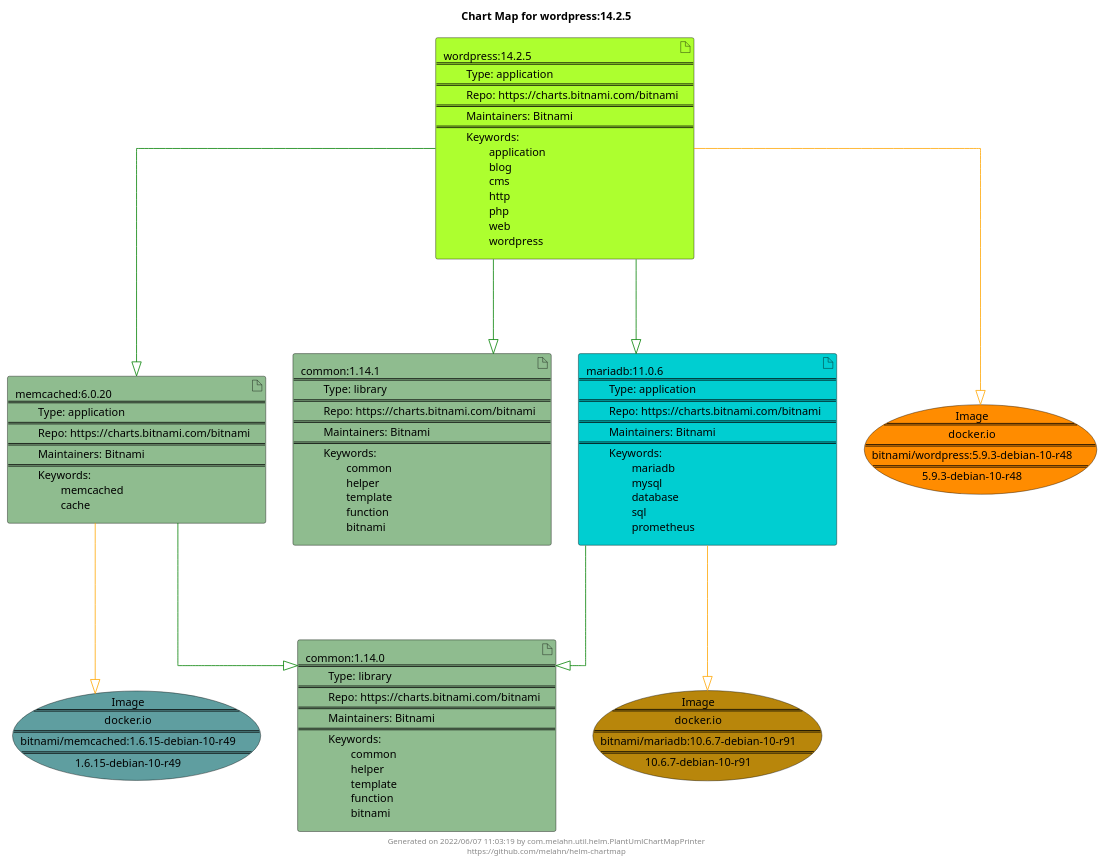
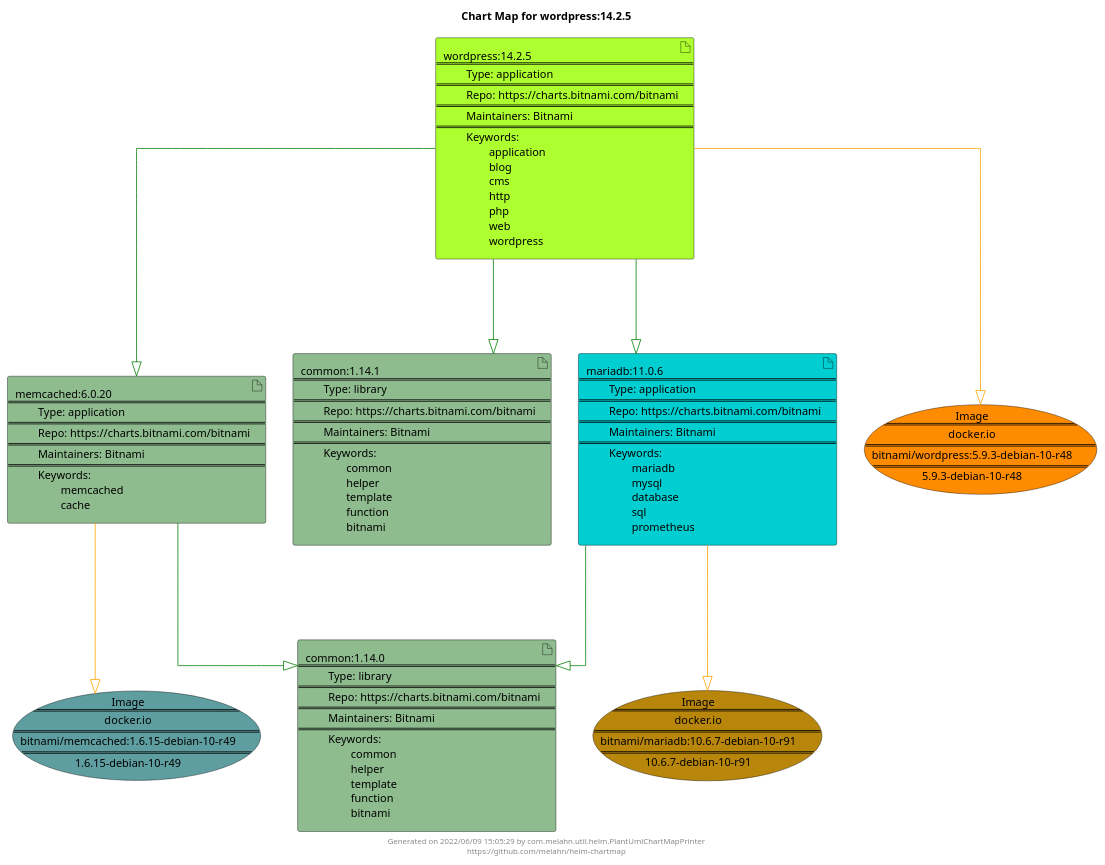
The diagram in docs/wordpress/wordpress-14.2.5.puml (melahn/helm-chartmap), drawn with PlantUML before and after one commit. The commit also changed 60 other files, not shown here.

Commit message:
Update Example Chart Maps as part of GitHub build

```diff
--- a/docs/wordpress/wordpress-14.2.5.puml
+++ b/docs/wordpress/wordpress-14.2.5.puml
@@ -1,34 +1,34 @@
 @startuml
 skinparam linetype ortho
 skinparam backgroundColor white
 skinparam usecaseBorderColor black
 skinparam usecaseArrowColor LightSlateGray
 skinparam artifactBorderColor black
 skinparam artifactArrowColor LightSlateGray
 
 title Chart Map for wordpress:14.2.5
 
 'There are 5 referenced Helm Charts
 artifact "memcached:6.0.20\n====\n\tType: application\n====\n\tRepo: https://charts.bitnami.com/bitnami\n====\n\tMaintainers: Bitnami\n====\n\tKeywords: \n\t\tmemcached\n\t\tcache" as memcached_6_0_20 #DarkSeaGreen
 artifact "common:1.14.0\n====\n\tType: library\n====\n\tRepo: https://charts.bitnami.com/bitnami\n====\n\tMaintainers: Bitnami\n====\n\tKeywords: \n\t\tcommon\n\t\thelper\n\t\ttemplate\n\t\tfunction\n\t\tbitnami" as common_1_14_0 #DarkSeaGreen
 artifact "wordpress:14.2.5\n====\n\tType: application\n====\n\tRepo: https://charts.bitnami.com/bitnami\n====\n\tMaintainers: Bitnami\n====\n\tKeywords: \n\t\tapplication\n\t\tblog\n\t\tcms\n\t\thttp\n\t\tphp\n\t\tweb\n\t\twordpress" as wordpress_14_2_5 #GreenYellow
 artifact "common:1.14.1\n====\n\tType: library\n====\n\tRepo: https://charts.bitnami.com/bitnami\n====\n\tMaintainers: Bitnami\n====\n\tKeywords: \n\t\tcommon\n\t\thelper\n\t\ttemplate\n\t\tfunction\n\t\tbitnami" as common_1_14_1 #DarkSeaGreen
 artifact "mariadb:11.0.6\n====\n\tType: application\n====\n\tRepo: https://charts.bitnami.com/bitnami\n====\n\tMaintainers: Bitnami\n====\n\tKeywords: \n\t\tmariadb\n\t\tmysql\n\t\tdatabase\n\t\tsql\n\t\tprometheus" as mariadb_11_0_6 #DarkTurquoise
 
 'There are 3 referenced Docker Images
 usecase "Image\n====\ndocker.io\n====\nbitnami/mariadb:10.6.7-debian-10-r91\n====\n10.6.7-debian-10-r91" as docker_io_bitnami_mariadb_10_6_7_debian_10_r91 #DarkGoldenRod
 usecase "Image\n====\ndocker.io\n====\nbitnami/wordpress:5.9.3-debian-10-r48\n====\n5.9.3-debian-10-r48" as docker_io_bitnami_wordpress_5_9_3_debian_10_r48 #Darkorange
 usecase "Image\n====\ndocker.io\n====\nbitnami/memcached:1.6.15-debian-10-r49\n====\n1.6.15-debian-10-r49" as docker_io_bitnami_memcached_1_6_15_debian_10_r49 #CadetBlue
 
 'Chart Dependencies
-wordpress_14_2_5--[#green]-|>common_1_14_1
+wordpress_14_2_5--[#green]-|>memcached_6_0_20
+memcached_6_0_20--[#green]-|>common_1_14_0
 wordpress_14_2_5--[#green]-|>mariadb_11_0_6
 mariadb_11_0_6--[#green]-|>common_1_14_0
-wordpress_14_2_5--[#green]-|>memcached_6_0_20
-memcached_6_0_20--[#green]-|>common_1_14_0
+wordpress_14_2_5--[#green]-|>common_1_14_1
 memcached_6_0_20--[#orange]-|>docker_io_bitnami_memcached_1_6_15_debian_10_r49
 wordpress_14_2_5--[#orange]-|>docker_io_bitnami_wordpress_5_9_3_debian_10_r48
 mariadb_11_0_6--[#orange]-|>docker_io_bitnami_mariadb_10_6_7_debian_10_r91
 
-center footer Generated on 2022/06/07 11:03:19 by com.melahn.util.helm.PlantUmlChartMapPrinter\nhttps://github.com/melahn/helm-chartmap
+center footer Generated on 2022/06/09 15:05:29 by com.melahn.util.helm.PlantUmlChartMapPrinter\nhttps://github.com/melahn/helm-chartmap
 @enduml
```
